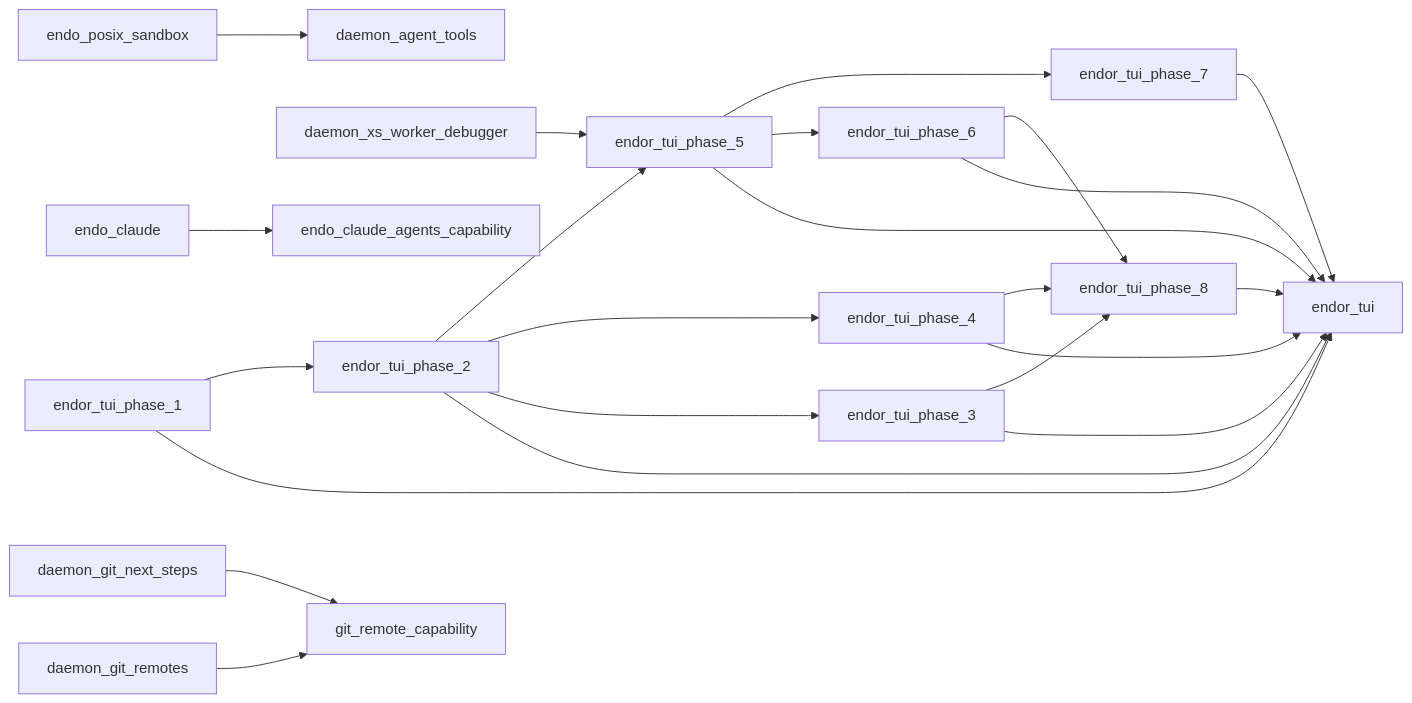
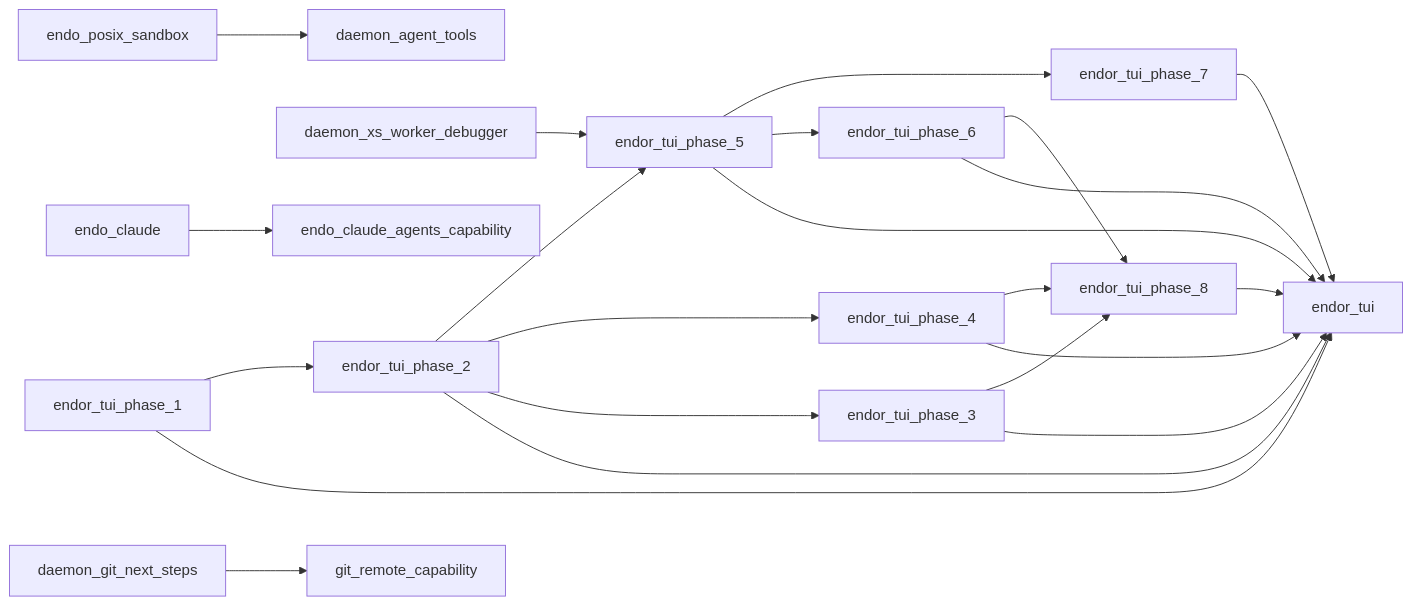
One commit to kriscendobot/garden changed the diagram in plan/README.md. Above: the diagram before and after it, drawn with Mermaid.

Commit message:
plan: re-render roadmap view from records

````diff
--- a/plan/README.md
+++ b/plan/README.md
@@ -195,25 +195,24 @@
 ```mermaid
 flowchart LR
   endor_tui_phase_1 --> endor_tui
   endor_tui_phase_2 --> endor_tui
   endor_tui_phase_3 --> endor_tui
   endor_tui_phase_4 --> endor_tui
   endor_tui_phase_5 --> endor_tui
   endor_tui_phase_6 --> endor_tui
   endor_tui_phase_7 --> endor_tui
   endor_tui_phase_8 --> endor_tui
   endor_tui_phase_1 --> endor_tui_phase_2
   endor_tui_phase_2 --> endor_tui_phase_3
   endor_tui_phase_2 --> endor_tui_phase_4
   endor_tui_phase_2 --> endor_tui_phase_5
   daemon_xs_worker_debugger --> endor_tui_phase_5
   endor_tui_phase_5 --> endor_tui_phase_6
   endor_tui_phase_5 --> endor_tui_phase_7
   endor_tui_phase_3 --> endor_tui_phase_8
   endor_tui_phase_4 --> endor_tui_phase_8
   endor_tui_phase_6 --> endor_tui_phase_8
   endo_posix_sandbox --> daemon_agent_tools
   endo_claude --> endo_claude_agents_capability
-  daemon_git_remotes --> git_remote_capability
   daemon_git_next_steps --> git_remote_capability
 ```
````
